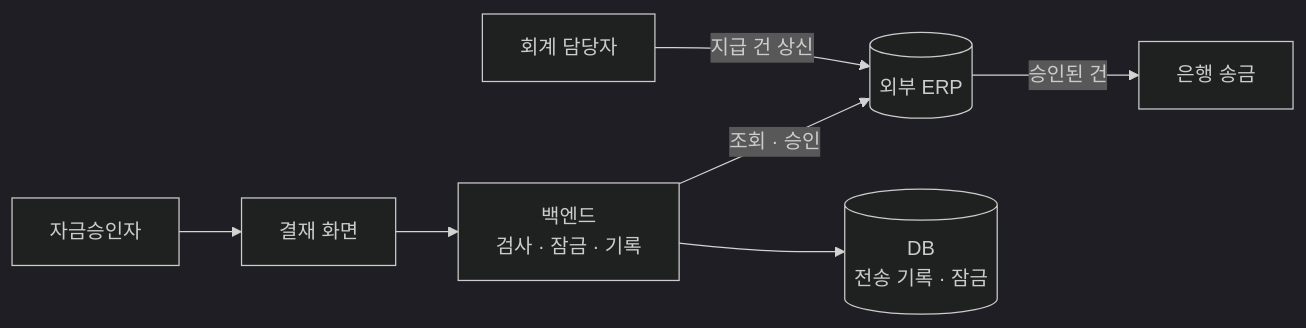
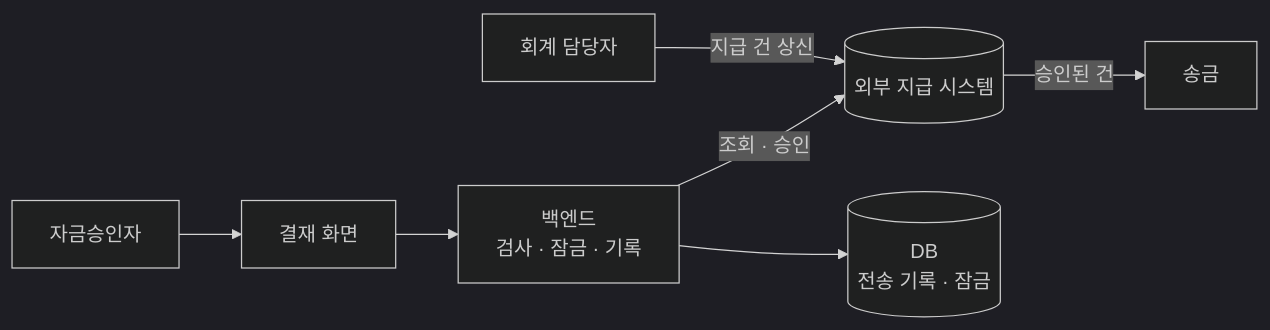
One commit to agent-jeong/backend-lab changed the first of 3 diagrams in 03-work-cases/irreversible-approval-once.md. Above: the diagram before and after it, drawn with Mermaid (dark theme). The commit also changed other lines of this file and 46 other files, not shown here.

````diff
--- a/03-work-cases/irreversible-approval-once.md
+++ b/03-work-cases/irreversible-approval-once.md
@@ -26,9 +26,9 @@
 ```mermaid
 flowchart LR
-    A[회계 담당자] -->|지급 건 상신| ERP[(외부 ERP)]
+    A[회계 담당자] -->|지급 건 상신| EXT[(외부 지급 시스템)]
     U[자금승인자] --> F[결재 화면]
     F --> B[백엔드<br/>검사 · 잠금 · 기록]
-    B -->|조회 · 승인| ERP
+    B -->|조회 · 승인| EXT
     B --> D[(DB<br/>전송 기록 · 잠금)]
-    ERP -->|승인된 건| BANK[은행 송금]
+    EXT -->|승인된 건| BANK[송금]
 ```
````
